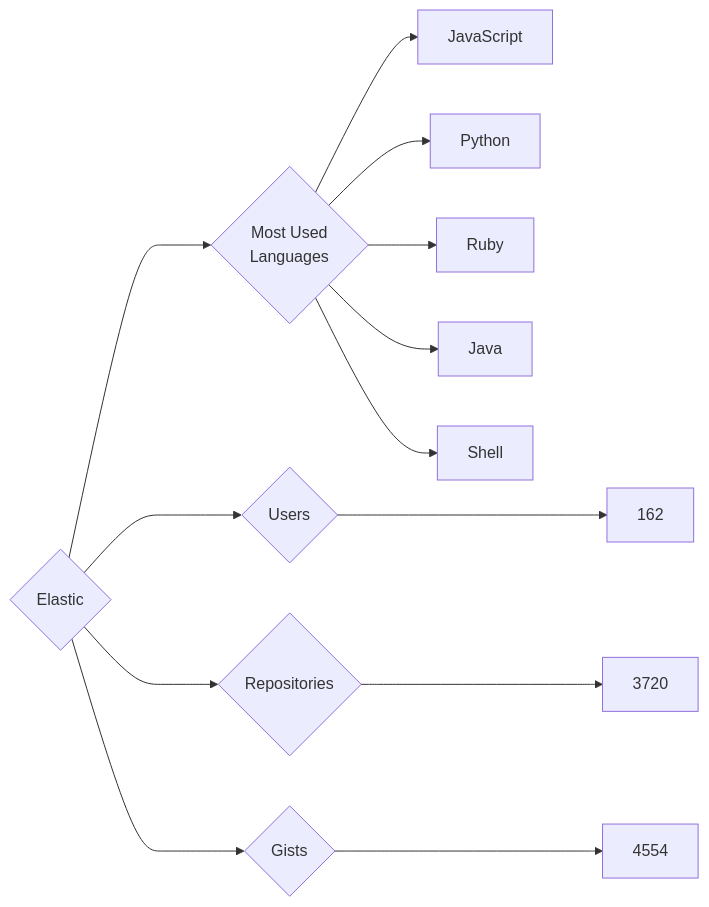
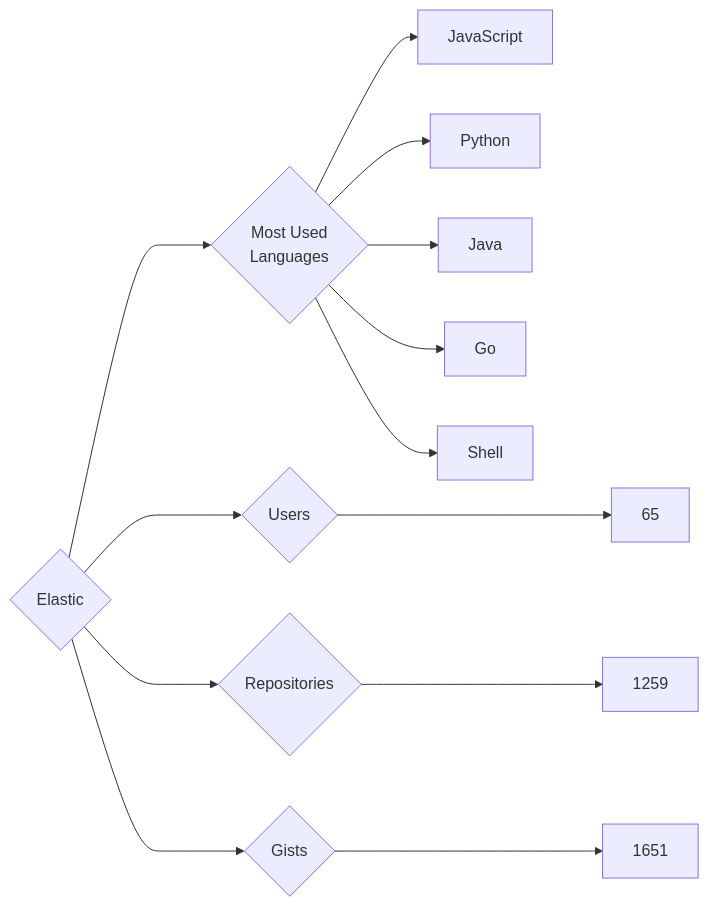
The diagram in targets/Elastic/README.md (trickest/insiders), drawn with Mermaid before and after one commit. The commit also changed 925 other files, not shown here.

````diff
--- a/targets/Elastic/README.md
+++ b/targets/Elastic/README.md
@@ -3,13 +3,13 @@
 ```mermaid
 graph LR
 COMPANY_NAME{Elastic}
-COMPANY_NAME ---> U{Users} ---> UN[162]
-COMPANY_NAME ---> R{Repositories} ---> RN[3720]
-COMPANY_NAME ---> G{Gists} ---> GN[4554]
+COMPANY_NAME ---> U{Users} ---> UN[65]
+COMPANY_NAME ---> R{Repositories} ---> RN[1259]
+COMPANY_NAME ---> G{Gists} ---> GN[1651]
 COMPANY_NAME ---> ML{Most Used<br>Languages}
 ML --> JavaScript[JavaScript]
 ML --> Python[Python]
-ML --> Ruby[Ruby]
 ML --> Java[Java]
+ML --> Go[Go]
 ML --> Shell[Shell]
 ```
````
